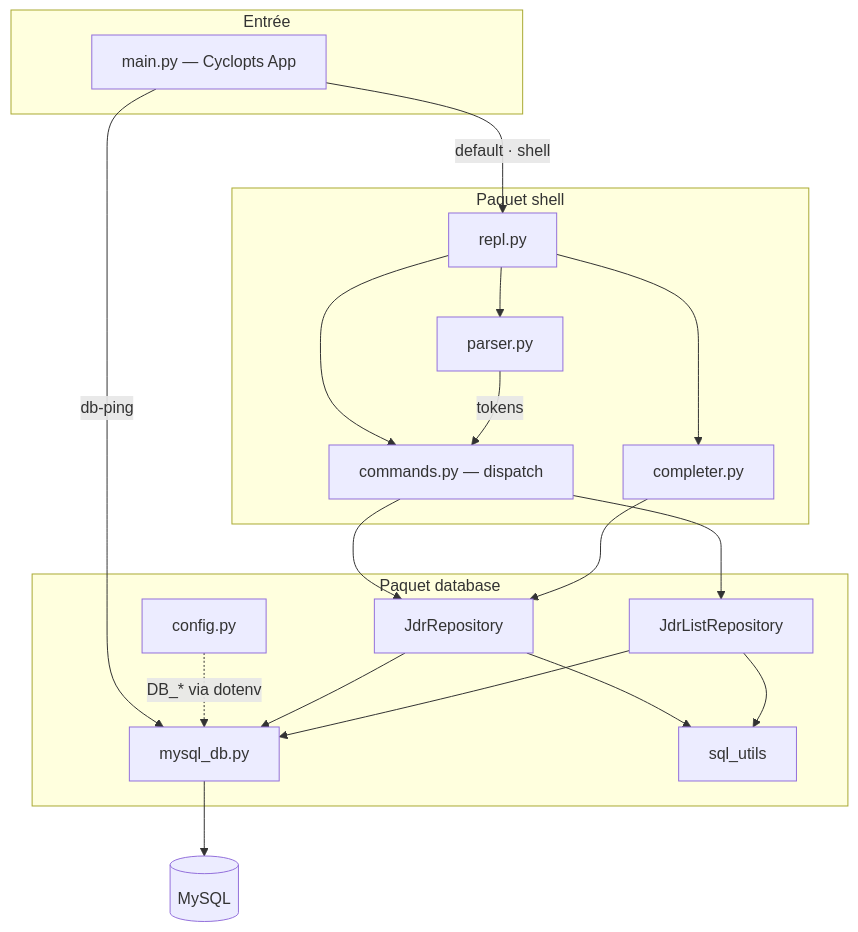
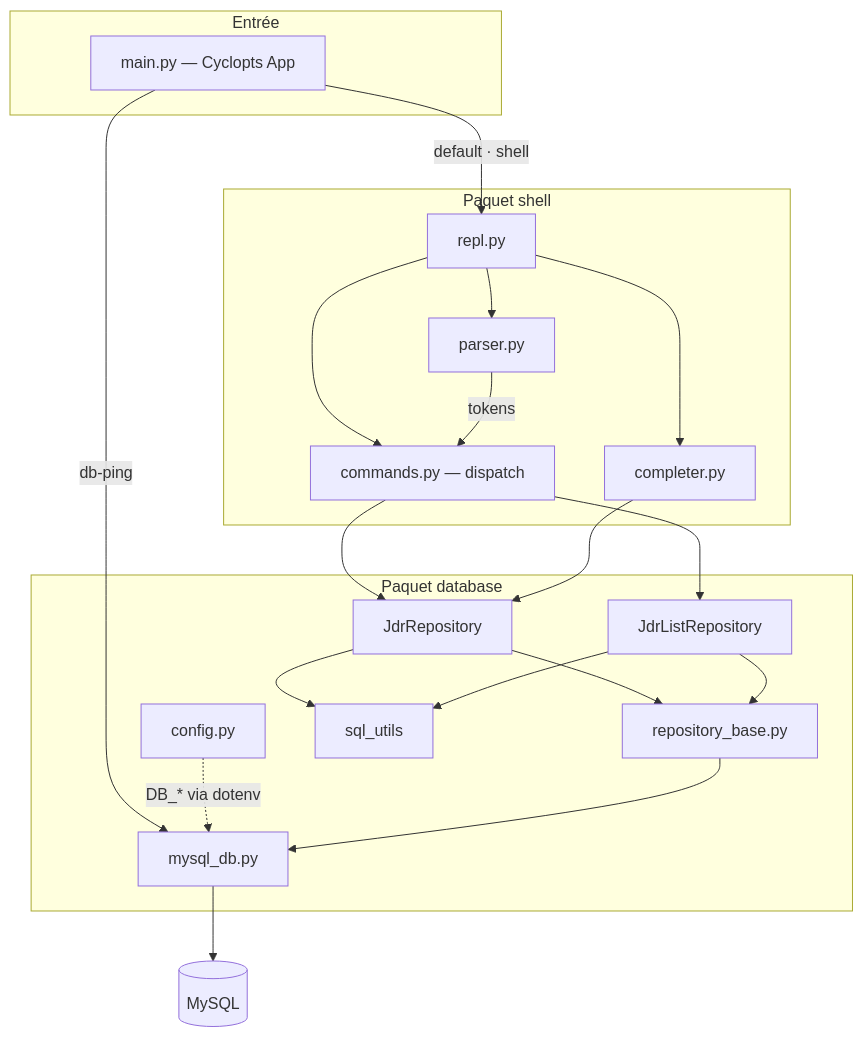
Before and after one commit to Primica/exampy: the first of 3 diagrams in docs/architecture.md, drawn with Mermaid. The commit also changed other lines of this file and 13 other files, not shown here.

````diff
--- a/docs/architecture.md
+++ b/docs/architecture.md
@@ -5,39 +5,41 @@
 ```mermaid
 flowchart TB
   subgraph entry [Entrée]
     MAIN["main.py — Cyclopts App"]
   end
 
   subgraph shell [Paquet shell]
     REPL[repl.py]
     PAR[parser.py]
     CMD["commands.py — dispatch"]
     CMP[completer.py]
   end
 
   subgraph db [Paquet database]
     CFG[config.py]
     MYSQL[mysql_db.py]
+    RB[repository_base.py]
     JRW[JdrRepository]
     JRL[JdrListRepository]
     SQLU[sql_utils]
   end
 
   DB[(MySQL)]
 
   MAIN -->|"default · shell"| REPL
   MAIN -->|db-ping| MYSQL
   REPL --> PAR
   REPL --> CMD
   REPL --> CMP
   PAR -->|tokens| CMD
   CMD --> JRW
   CMD --> JRL
   CMP --> JRW
   CFG -.->|"DB_* via dotenv"| MYSQL
-  JRW --> MYSQL
-  JRL --> MYSQL
+  JRW --> RB
+  JRL --> RB
+  RB --> MYSQL
   JRW --> SQLU
   JRL --> SQLU
   MYSQL --> DB
 ```
````
